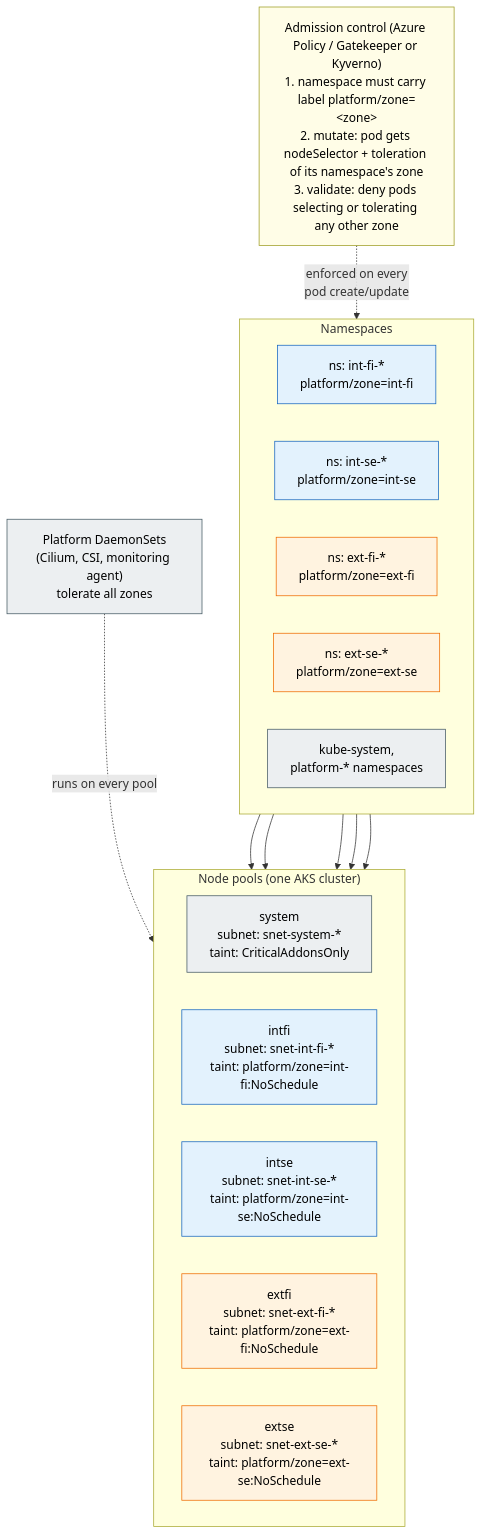
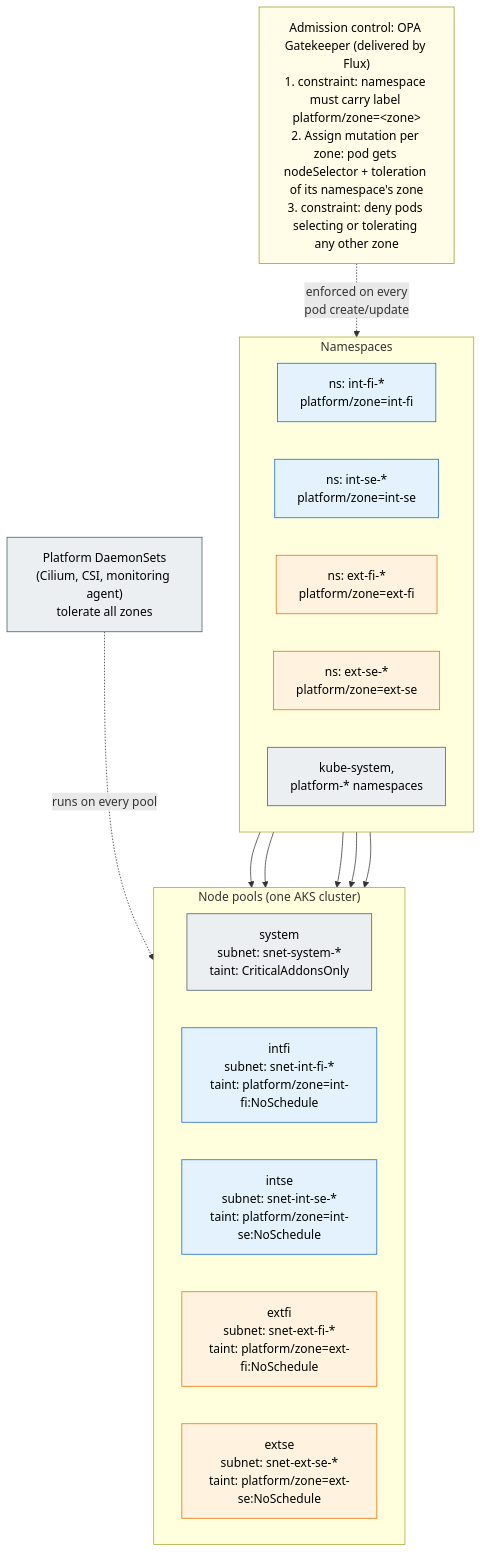
One commit to olljanat-ai/aks-design changed the diagram in diagrams/04-node-pools.mmd. Above: the diagram before and after it, drawn with Mermaid. The commit also changed 12 other files, not shown here.

First line of the commit message:
Clarify policy engine, stateful placement, CNI and TLS per cluster type

```diff
--- a/diagrams/04-node-pools.mmd
+++ b/diagrams/04-node-pools.mmd
@@ -1,40 +1,40 @@
 %% Node pool per zone: scheduling isolation with labels, taints and admission control
 flowchart TB
-    adm["Admission control (Azure Policy / Gatekeeper or Kyverno)<br/>1. namespace must carry label platform/zone=&lt;zone&gt;<br/>2. mutate: pod gets nodeSelector + toleration of its namespace's zone<br/>3. validate: deny pods selecting or tolerating any other zone"]
+    adm["Admission control: OPA Gatekeeper (delivered by Flux)<br/>1. constraint: namespace must carry label platform/zone=&lt;zone&gt;<br/>2. Assign mutation per zone: pod gets nodeSelector + toleration of its namespace's zone<br/>3. constraint: deny pods selecting or tolerating any other zone"]
 
     subgraph NS["Namespaces"]
         direction LR
         ns_ifi["ns: int-fi-*<br/>platform/zone=int-fi"]
         ns_ise["ns: int-se-*<br/>platform/zone=int-se"]
         ns_efi["ns: ext-fi-*<br/>platform/zone=ext-fi"]
         ns_ese["ns: ext-se-*<br/>platform/zone=ext-se"]
         ns_sys["kube-system,<br/>platform-* namespaces"]
     end
 
     subgraph POOLS["Node pools (one AKS cluster)"]
         direction LR
         p_sys["system<br/>subnet: snet-system-*<br/>taint: CriticalAddonsOnly"]
         p_ifi["intfi<br/>subnet: snet-int-fi-*<br/>taint: platform/zone=int-fi:NoSchedule"]
         p_ise["intse<br/>subnet: snet-int-se-*<br/>taint: platform/zone=int-se:NoSchedule"]
         p_efi["extfi<br/>subnet: snet-ext-fi-*<br/>taint: platform/zone=ext-fi:NoSchedule"]
         p_ese["extse<br/>subnet: snet-ext-se-*<br/>taint: platform/zone=ext-se:NoSchedule"]
     end
 
     adm -.->|"enforced on every<br/>pod create/update"| NS
     ns_sys --> p_sys
     ns_ifi --> p_ifi
     ns_ise --> p_ise
     ns_efi --> p_efi
     ns_ese --> p_ese
 
     ds["Platform DaemonSets<br/>(Cilium, CSI, monitoring agent)<br/>tolerate all zones"]
     ds -.->|"runs on every pool"| POOLS
 
     classDef cp fill:#eceff1,stroke:#455a64,color:#000
     classDef int fill:#e3f2fd,stroke:#1565c0,color:#000
     classDef ext fill:#fff3e0,stroke:#ef6c00,color:#000
     classDef note fill:#fffde7,stroke:#9e9d24,color:#000
     class p_sys,ns_sys,ds cp
     class p_ifi,p_ise,ns_ifi,ns_ise int
     class p_efi,p_ese,ns_efi,ns_ese ext
     class adm note
```
